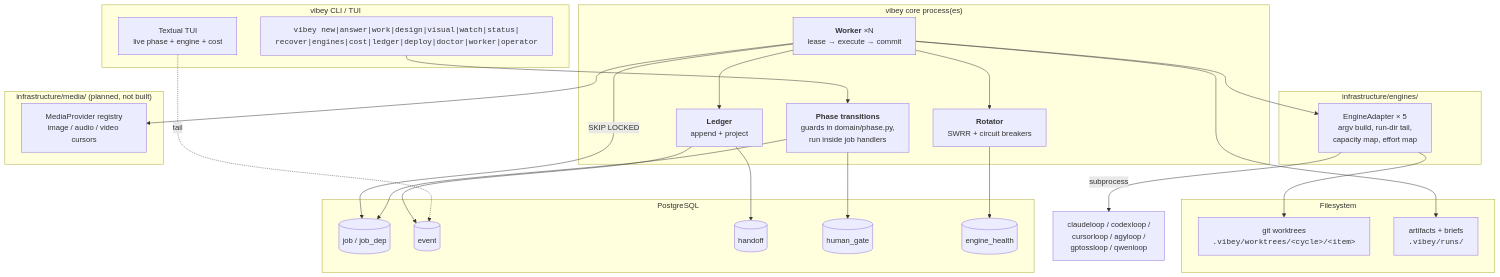
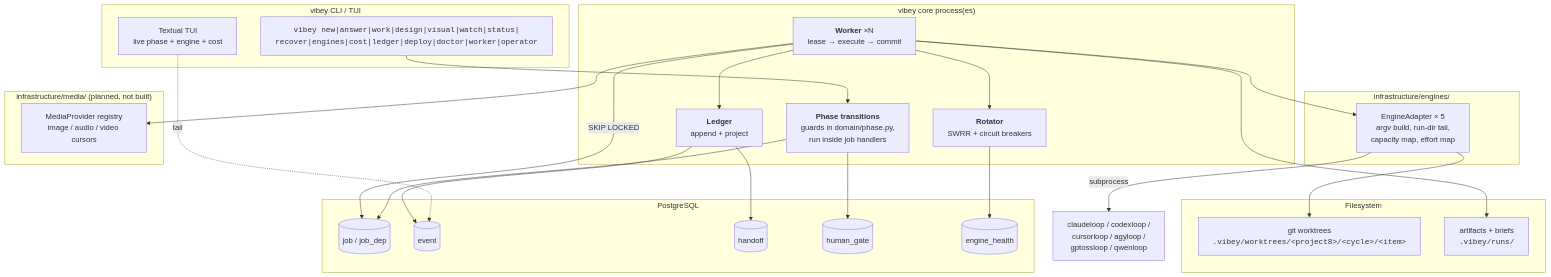
Before and after one commit to adamshatzkamer/vibey: the second of 6 diagrams in docs/plans/architecture-and-roadmap.md, drawn with Mermaid. The commit also changed 40 other files, not shown here.

````diff
--- a/docs/plans/architecture-and-roadmap.md
+++ b/docs/plans/architecture-and-roadmap.md
@@ -185,51 +185,51 @@
 ```mermaid
 graph TB
     subgraph CLI["vibey CLI / TUI"]
         Cmd["<code>vibey new|answer|work|design|visual|watch|status|<br/>recover|engines|cost|ledger|deploy|doctor|worker|operator</code>"]
         Tui["Textual TUI<br/>live phase + engine + cost"]
     end
 
     subgraph Core["vibey core process(es)"]
         Sup["<b>Phase transitions</b><br/>guards in domain/phase.py,<br/>run inside job handlers"]
         W1["<b>Worker</b> ×N<br/>lease → execute → commit"]
         Rot["<b>Rotator</b><br/>SWRR + circuit breakers"]
         Led["<b>Ledger</b><br/>append + project"]
     end
 
     subgraph Adapters["infrastructure/engines/"]
         Ad["EngineAdapter × 5<br/>argv build, run-dir tail,<br/>capacity map, effort map"]
     end
 
     subgraph MediaAdapters["infrastructure/media/ (planned, not built)"]
         Md["MediaProvider registry<br/>image / audio / video cursors"]
     end
 
     subgraph Store["PostgreSQL"]
         Q[("job / job_dep")]
         E[("event")]
         H[("handoff")]
         G[("human_gate")]
         HE[("engine_health")]
     end
 
     subgraph Work["Filesystem"]
-        WT["git worktrees<br/><code>.vibey/worktrees/&lt;cycle&gt;/&lt;item&gt;</code>"]
+        WT["git worktrees<br/><code>.vibey/worktrees/&lt;project8&gt;/&lt;cycle&gt;/&lt;item&gt;</code>"]
         Art["artifacts + briefs<br/><code>.vibey/runs/</code>"]
     end
 
     Cmd --> Sup
     Tui -.->|"tail"| E
     Sup --> Q
     W1 -->|"SKIP LOCKED"| Q
     W1 --> Rot
     Rot --> HE
     W1 --> Ad
     W1 --> Md
     Ad -->|"subprocess"| Ext["claudeloop / codexloop /<br/>cursorloop / agyloop /<br/>gptossloop / qwenloop"]
     Ad --> WT
     W1 --> Led
     Led --> E
     Led --> H
     Sup --> G
     W1 --> Art
 ```
````
